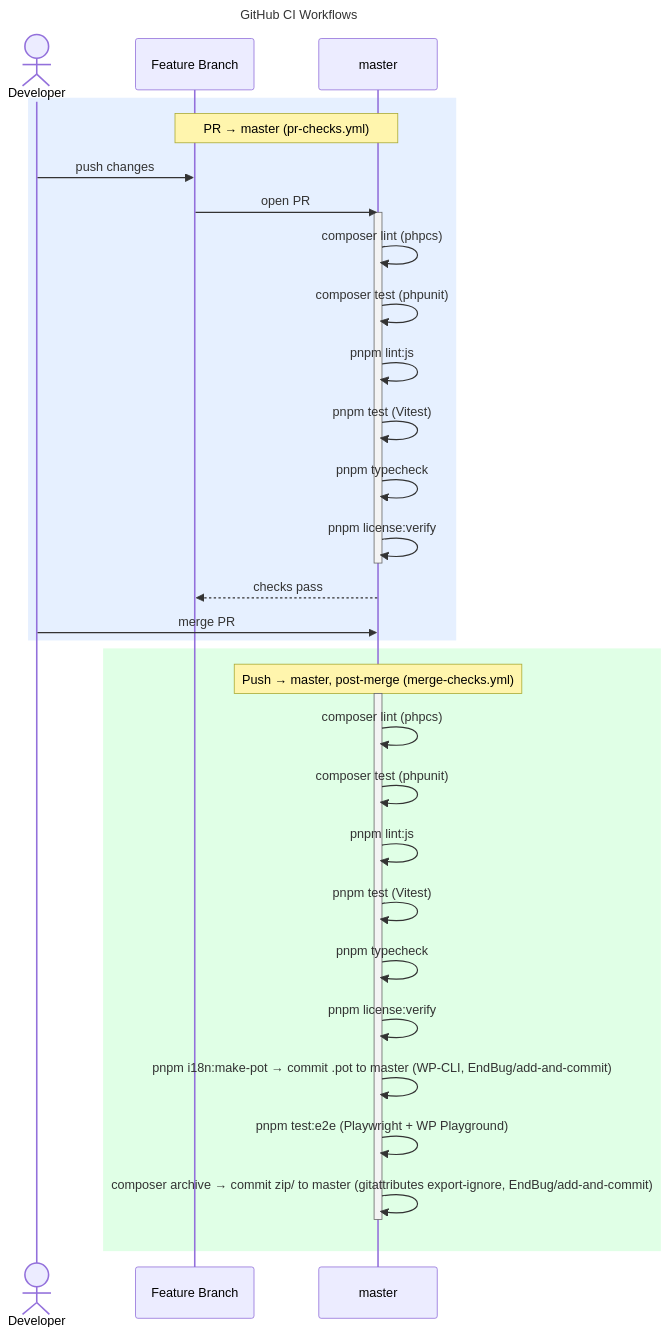
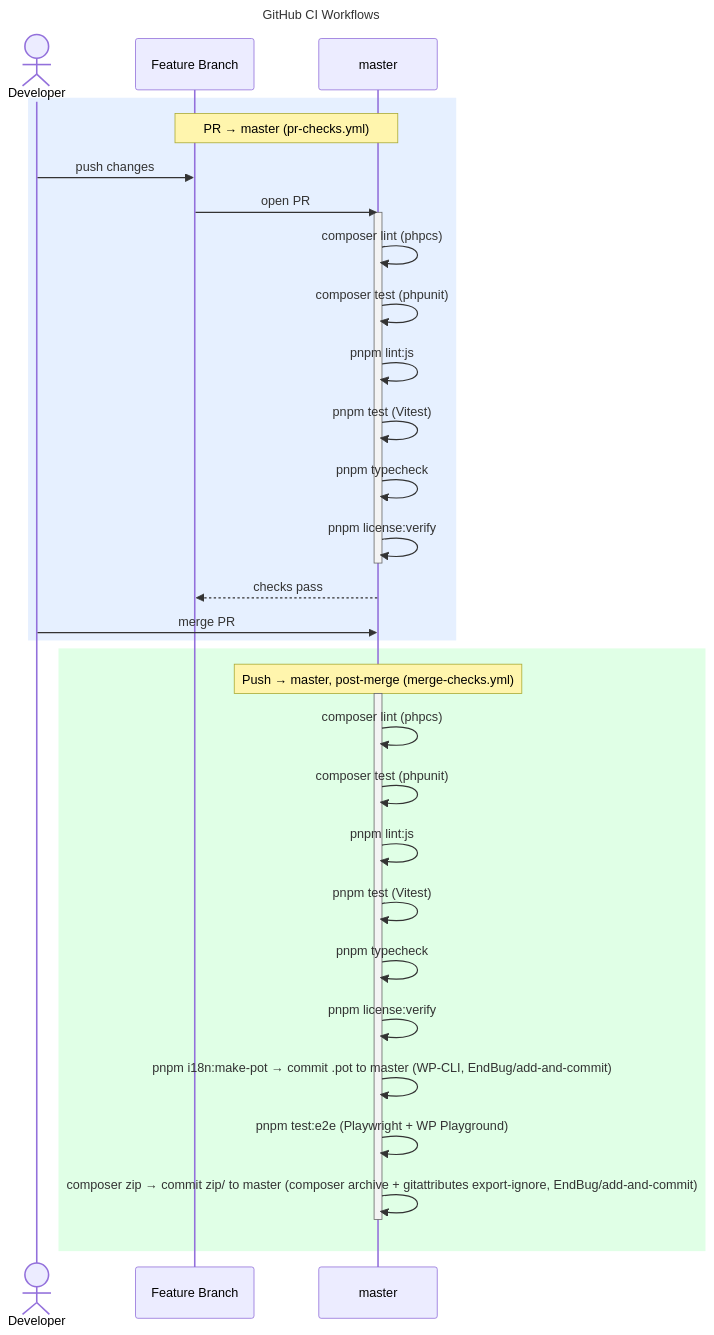
Before and after one commit to erdembircan/battery-surf-bench: the diagram in docs/contracts/ci-workflow.mmd, drawn with Mermaid. The commit also changed 2 other files, not shown here.

Commit message:
[CHORE]: add composer zip script for plugin packaging

```diff
--- a/docs/contracts/ci-workflow.mmd
+++ b/docs/contracts/ci-workflow.mmd
@@ -1,38 +1,38 @@
 ---
 title: GitHub CI Workflows
 ---
 sequenceDiagram
     actor Dev as Developer
     participant FB as Feature Branch
     participant M as master
 
     rect rgb(230, 240, 255)
         Note over FB,M: PR → master (pr-checks.yml)
         Dev->>FB: push changes
         FB->>M: open PR
         activate M
         M->>M: composer lint (phpcs)
         M->>M: composer test (phpunit)
         M->>M: pnpm lint:js
         M->>M: pnpm test (Vitest)
         M->>M: pnpm typecheck
         M->>M: pnpm license:verify
         deactivate M
         M-->>FB: checks pass
         Dev->>M: merge PR
     end
 
     rect rgb(224, 255, 230)
         Note over M: Push → master, post-merge (merge-checks.yml)
         activate M
         M->>M: composer lint (phpcs)
         M->>M: composer test (phpunit)
         M->>M: pnpm lint:js
         M->>M: pnpm test (Vitest)
         M->>M: pnpm typecheck
         M->>M: pnpm license:verify
         M->>M: pnpm i18n:make-pot → commit .pot to master (WP-CLI, EndBug/add-and-commit)
         M->>M: pnpm test:e2e (Playwright + WP Playground)
-        M->>M: composer archive → commit zip/ to master (gitattributes export-ignore, EndBug/add-and-commit)
+        M->>M: composer zip → commit zip/ to master (composer archive + gitattributes export-ignore, EndBug/add-and-commit)
         deactivate M
     end
```
